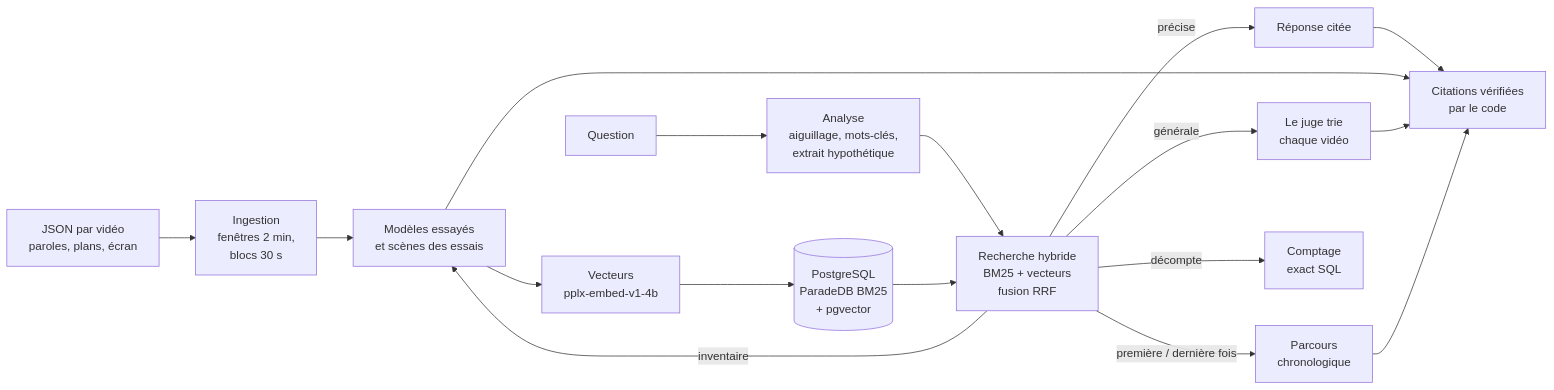
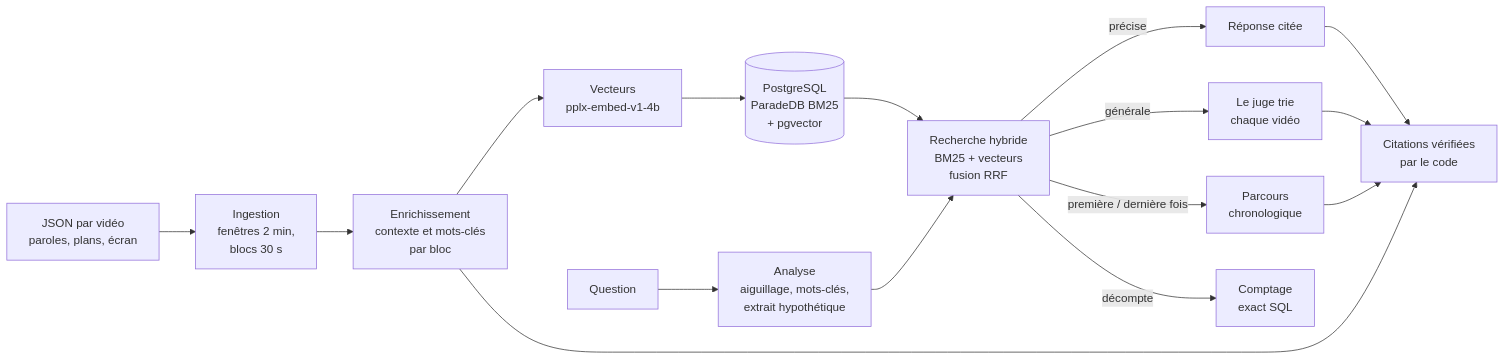
The second of 2 diagrams in README.md (lfpoulain/ragator), drawn with Mermaid before and after one commit. The commit also changed other lines of this file and 16 other files, not shown here.

First line of the commit message:
Retire l’inventaire des essais : les listes passent par le chemin général

````diff
--- a/README.md
+++ b/README.md
@@ -350,19 +342,18 @@
 ```mermaid
 flowchart LR
   J[JSON par vidéo<br/>paroles, plans, écran] --> I[Ingestion<br/>fenêtres 2 min,<br/>blocs 30 s]
   I --> E[Enrichissement<br/>contexte et mots-clés<br/>par bloc]
   E --> V[Vecteurs<br/>pplx-embed-v1-4b]
   V --> DB[(PostgreSQL<br/>ParadeDB BM25<br/>+ pgvector)]
   Q[Question] --> A[Analyse<br/>aiguillage, mots-clés,<br/>extrait hypothétique]
   A --> S[Recherche hybride<br/>BM25 + vecteurs<br/>fusion RRF]
   DB --> S
   S -->|précise| P[Réponse citée]
-  S -->|inventaire| E[Modèles essayés<br/>et scènes des essais]
   S -->|générale| G[Le juge trie<br/>chaque vidéo]
   S -->|première / dernière fois| C[Parcours<br/>chronologique]
   S -->|décompte| L[Comptage<br/>exact SQL]
   P --> R[Citations vérifiées<br/>par le code]
   E --> R
   G --> R
   C --> R
 ```
````
